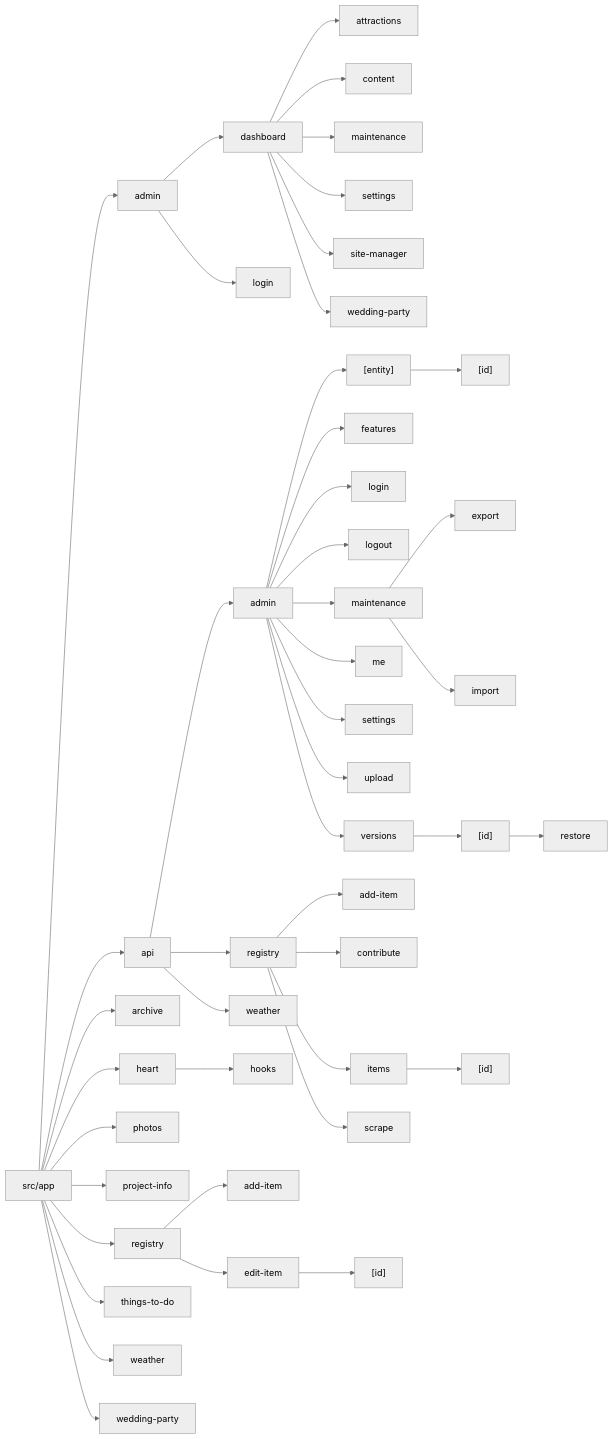
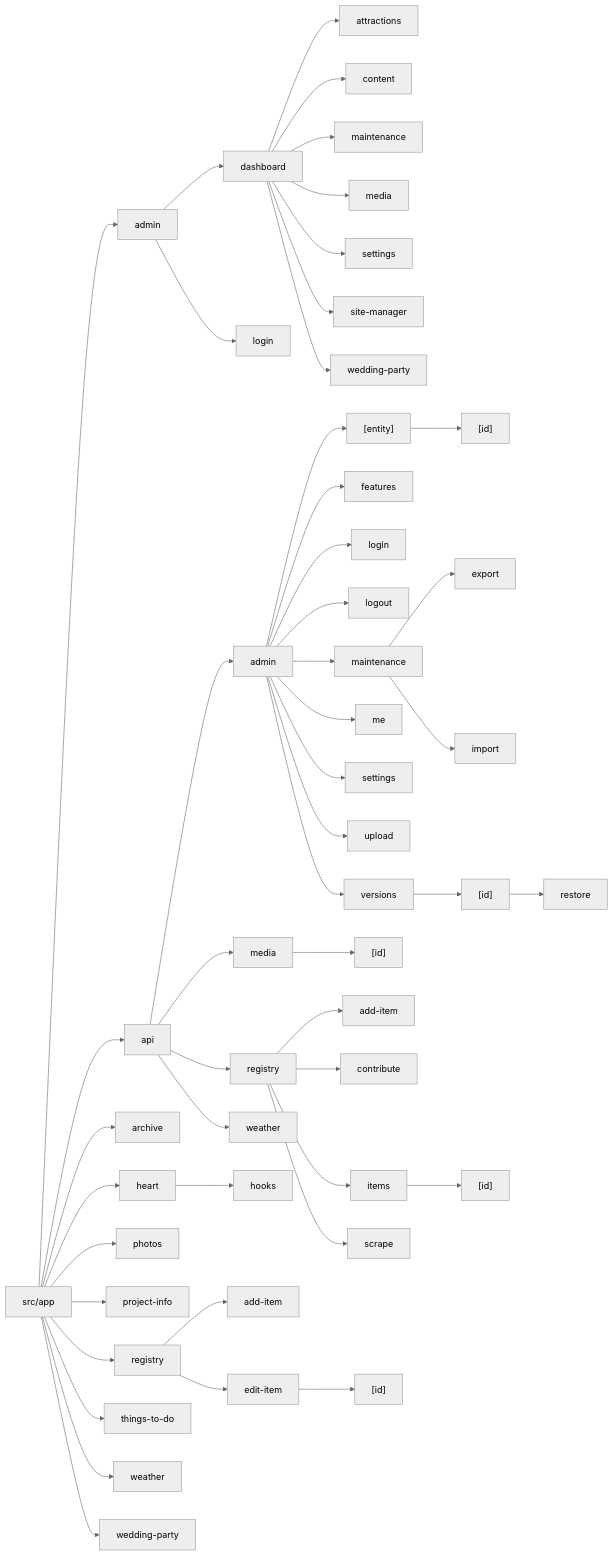
Before and after one commit to fderuiter/wedding_website: the second of 2 diagrams in ARCHITECTURE.md, drawn with Mermaid (neutral theme). The commit also changed 34 other files, not shown here.

Commit message:
feat: centralize media management, fix admin interfaces and add media dashboard

```diff
--- a/ARCHITECTURE.md
+++ b/ARCHITECTURE.md
@@ -70,6 +70,8 @@
     node_admin_dashboard --> node_admin_dashboard_content
     node_admin_dashboard_maintenance["maintenance"]
     node_admin_dashboard --> node_admin_dashboard_maintenance
+    node_admin_dashboard_media["media"]
+    node_admin_dashboard --> node_admin_dashboard_media
     node_admin_dashboard_settings["settings"]
     node_admin_dashboard --> node_admin_dashboard_settings
     node_admin_dashboard_sitemanager["site-manager"]
@@ -110,6 +112,10 @@
     node_api_admin_versions --> node_api_admin_versions_id
     node_api_admin_versions_id_restore["restore"]
     node_api_admin_versions_id --> node_api_admin_versions_id_restore
+    node_api_media["media"]
+    node_api --> node_api_media
+    node_api_media_id["[id]"]
+    node_api_media --> node_api_media_id
     node_api_registry["registry"]
     node_api --> node_api_registry
     node_api_registry_additem["add-item"]
```
